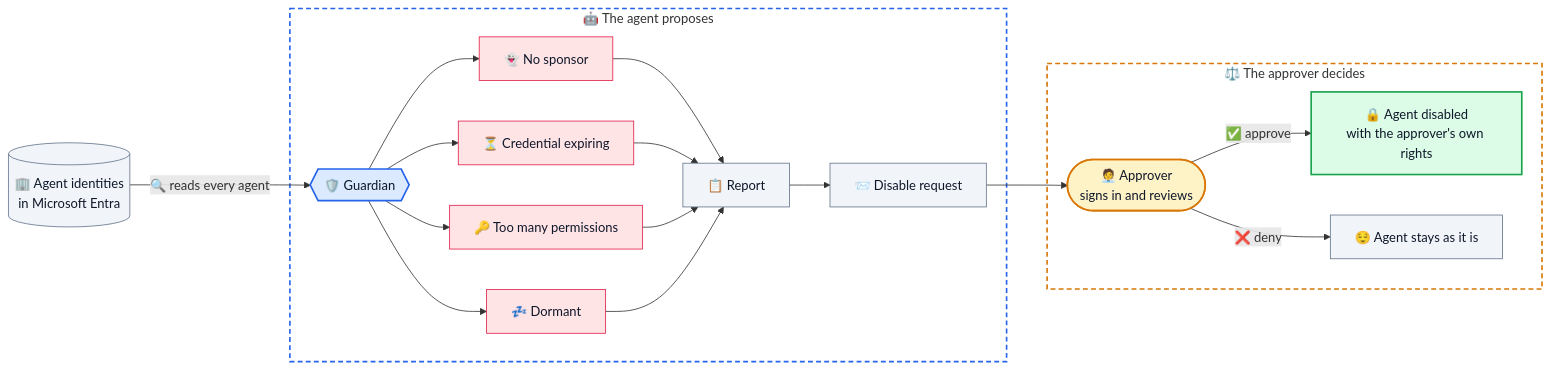
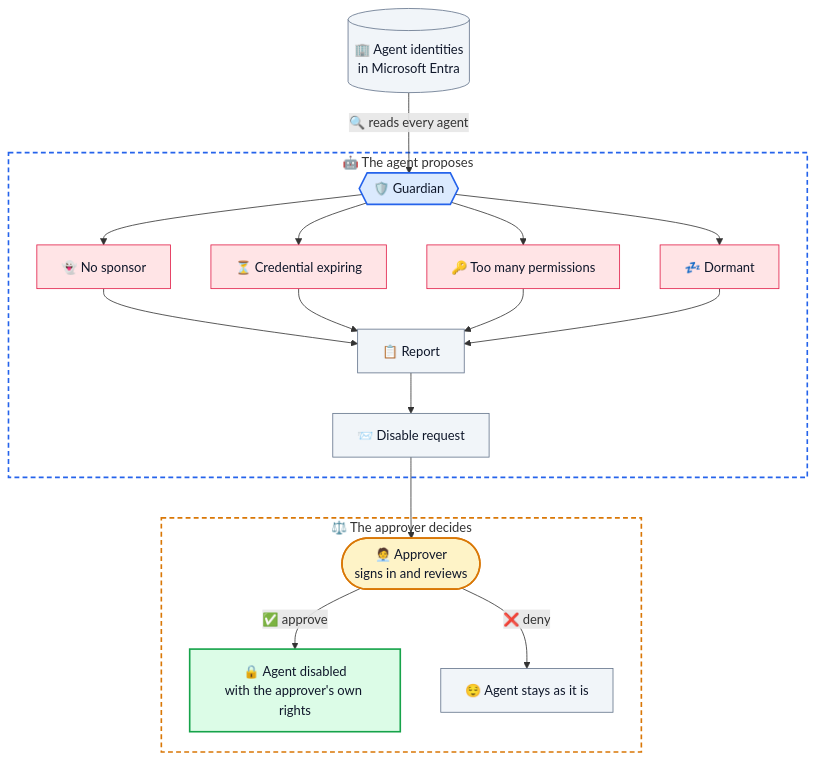
Before and after one commit to alireza-mpr/agent-steward: the first of 2 diagrams in README.md, drawn with Mermaid. The commit also changed other lines of this file, not shown here.

````diff
--- a/README.md
+++ b/README.md
@@ -14,41 +15,41 @@
 ```mermaid
-flowchart LR
+flowchart TB
     TENANT[("🏢 Agent identities<br/>in Microsoft Entra")]
 
     subgraph PROPOSE["🤖 The agent proposes"]
         GUARD{{"🛡️ Guardian"}}
         F1["👻 No sponsor"]
         F2["⏳ Credential expiring"]
         F3["🔑 Too many permissions"]
         F4["💤 Dormant"]
         REPORT["📋 Report"]
         ASK["📨 Disable request"]
         GUARD --> F1 & F2 & F3 & F4
         F1 & F2 & F3 & F4 --> REPORT
         REPORT --> ASK
     end
 
     subgraph DECIDE["⚖️ The approver decides"]
         HUMAN(["🧑‍💼 Approver<br/>signs in and reviews"])
         DISABLED["🔒 Agent disabled<br/>with the approver's own rights"]
         STAYS["😌 Agent stays as it is"]
         HUMAN -- "✅ approve" --> DISABLED
         HUMAN -- "❌ deny" --> STAYS
     end
 
     TENANT -- "🔍 reads every agent" --> GUARD
     ASK --> HUMAN
 
     classDef agent fill:#dbeafe,stroke:#2563eb,stroke-width:2px,color:#0f172a
     classDef risk fill:#ffe4e6,stroke:#e11d48,color:#0f172a
     classDef human fill:#fef3c7,stroke:#d97706,stroke-width:2px,color:#0f172a
     classDef good fill:#dcfce7,stroke:#16a34a,stroke-width:2px,color:#0f172a
     classDef calm fill:#f1f5f9,stroke:#64748b,color:#0f172a
     class GUARD agent
     class F1,F2,F3,F4 risk
     class HUMAN human
     class DISABLED good
     class TENANT,REPORT,ASK,STAYS calm
     style PROPOSE fill:transparent,stroke:#2563eb,stroke-width:2px,stroke-dasharray: 6 4
     style DECIDE fill:transparent,stroke:#d97706,stroke-width:2px,stroke-dasharray: 6 4
 ```
````
